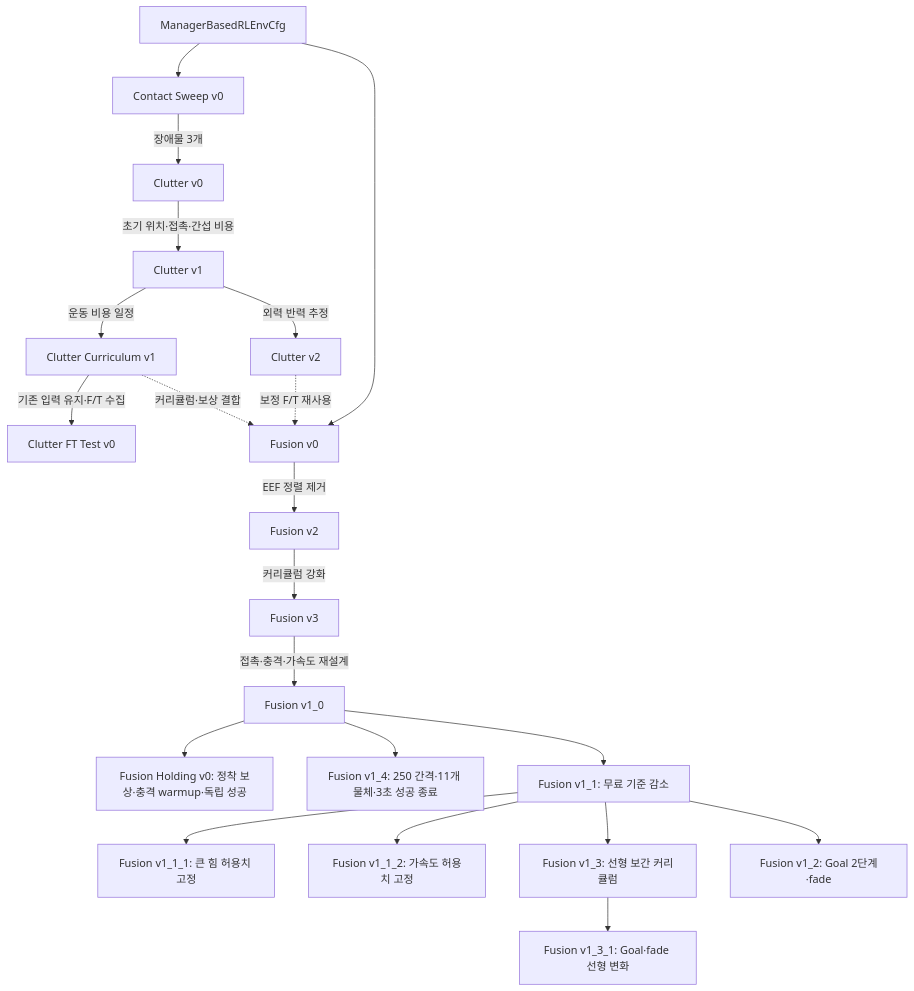
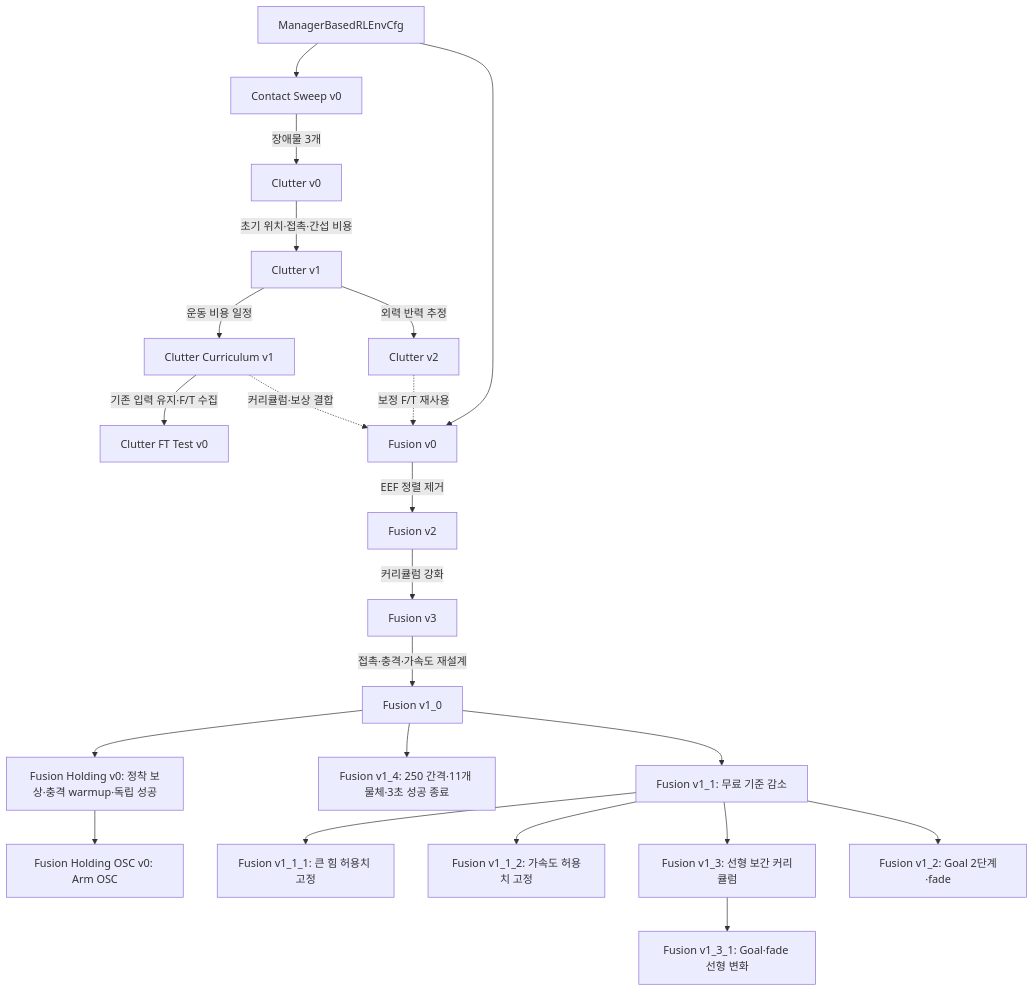
Before and after one commit to 7cmdehdrb/Contact-Rich-Manipulation-Context: the fourth of 4 diagrams in 02_implementation/environments/ENVIRONMENT_EVOLUTION.md, drawn with Mermaid. The commit also changed other lines of this file and 10 other files, not shown here.

````diff
--- a/02_implementation/environments/ENVIRONMENT_EVOLUTION.md
+++ b/02_implementation/environments/ENVIRONMENT_EVOLUTION.md
@@ -115,34 +115,35 @@
 ```mermaid
 flowchart TD
     M["ManagerBasedRLEnvCfg"]
     C["Contact Sweep v0"]
     C0["Clutter v0"]
     C1["Clutter v1"]
     CC["Clutter Curriculum v1"]
     C2["Clutter v2"]
     FT["Clutter FT Test v0"]
     F0["Fusion v0"]
     F2["Fusion v2"]
     F3["Fusion v3"]
     F10["Fusion v1_0"]
     F10 --> FH["Fusion Holding v0: 정착 보상·충격 warmup·독립 성공"]
+    FH --> FHO["Fusion Holding OSC v0: Arm OSC"]
     F10 --> F14["Fusion v1_4: 250 간격·11개 물체·3초 성공 종료"]
     F10 --> F11["Fusion v1_1: 무료 기준 감소"]
     F11 --> F111["Fusion v1_1_1: 큰 힘 허용치 고정"]
     F11 --> F112["Fusion v1_1_2: 가속도 허용치 고정"]
     F11 --> F13["Fusion v1_3: 선형 보간 커리큘럼"]
     F13 --> F131["Fusion v1_3_1: Goal·fade 선형 변화"]
     F11 --> F12["Fusion v1_2: Goal 2단계·fade"]
     M --> C
     C -->|"장애물 3개"| C0
     C0 -->|"초기 위치·접촉·간섭 비용"| C1
     C1 -->|"운동 비용 일정"| CC
     C1 -->|"외력 반력 추정"| C2
     CC -->|"기존 입력 유지·F/T 수집"| FT
     M --> F0
     CC -. "커리큘럼·보상 결합" .-> F0
     C2 -. "보정 F/T 재사용" .-> F0
     F0 -->|"EEF 정렬 제거"| F2
     F2 -->|"커리큘럼 강화"| F3
     F3 -->|"접촉·충격·가속도 재설계"| F10
 ```
````
